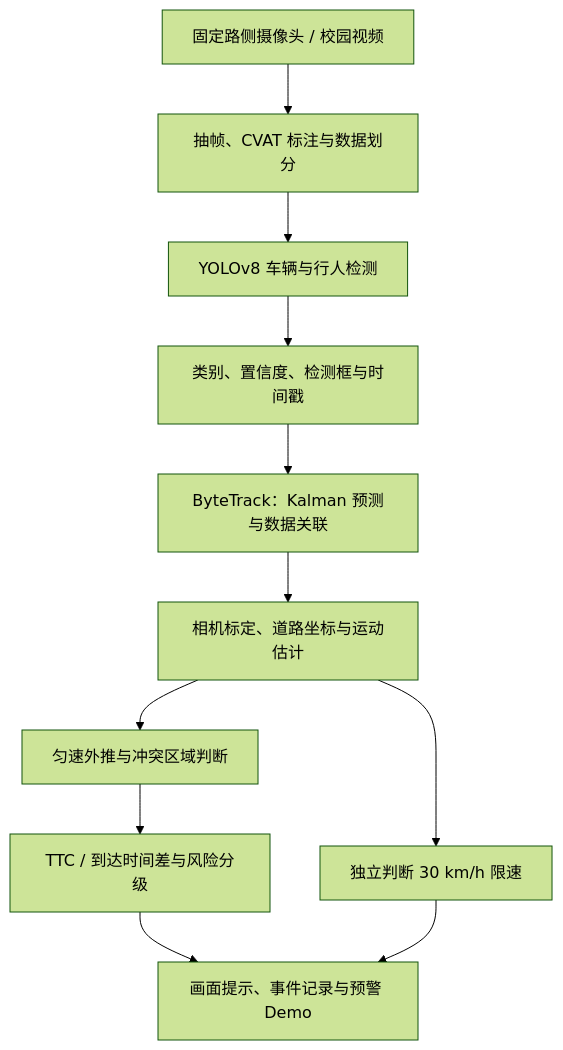
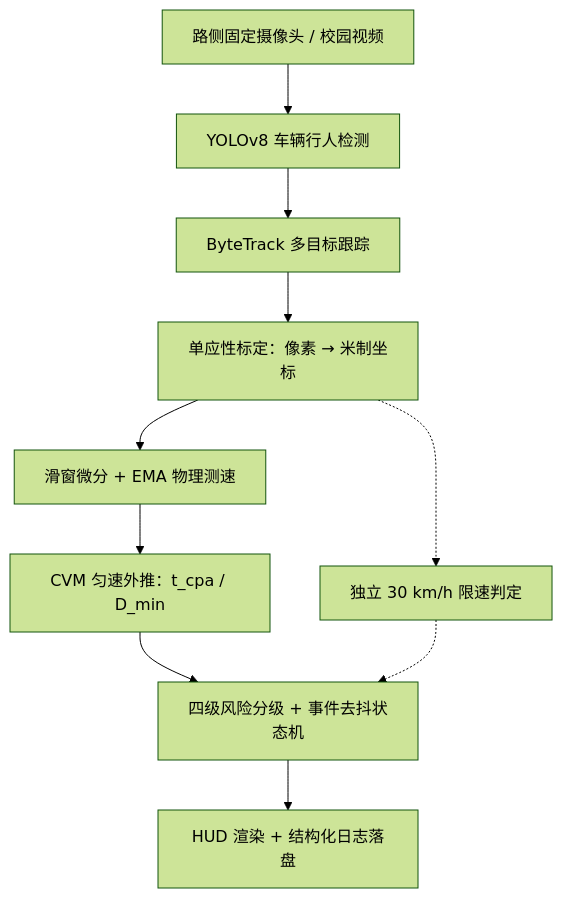
The diagram in README.md (blckgum/jszx-), drawn with Mermaid (forest theme) before and after one commit. The commit also changed other lines of this file, not shown here.

````diff
--- a/README.md
+++ b/README.md
@@ -24,13 +9,12 @@
 ```mermaid
 flowchart TD
-    A[固定路侧摄像头 / 校园视频] --> B[抽帧、CVAT 标注与数据划分]
-    B --> C[YOLOv8 车辆与行人检测]
-    C --> D[类别、置信度、检测框与时间戳]
-    D --> E[ByteTrack：Kalman 预测与数据关联]
-    E --> F[相机标定、道路坐标与运动估计]
-    F --> G[匀速外推与冲突区域判断]
-    G --> H[TTC / 到达时间差与风险分级]
-    F --> I[独立判断 30 km/h 限速]
-    H --> J[画面提示、事件记录与预警 Demo]
-    I --> J
+    A[路侧固定摄像头 / 校园视频] --> B[YOLOv8 车辆行人检测]
+    B --> C[ByteTrack 多目标跟踪]
+    C --> D[单应性标定：像素 → 米制坐标]
+    D --> E[滑窗微分 + EMA 物理测速]
+    E --> F[CVM 匀速外推：t_cpa / D_min]
+    F --> G[四级风险分级 + 事件去抖状态机]
+    G --> H[HUD 渲染 + 结构化日志落盘]
+    D -.-> I[独立 30 km/h 限速判定]
+    I -.-> G
 ```
````
